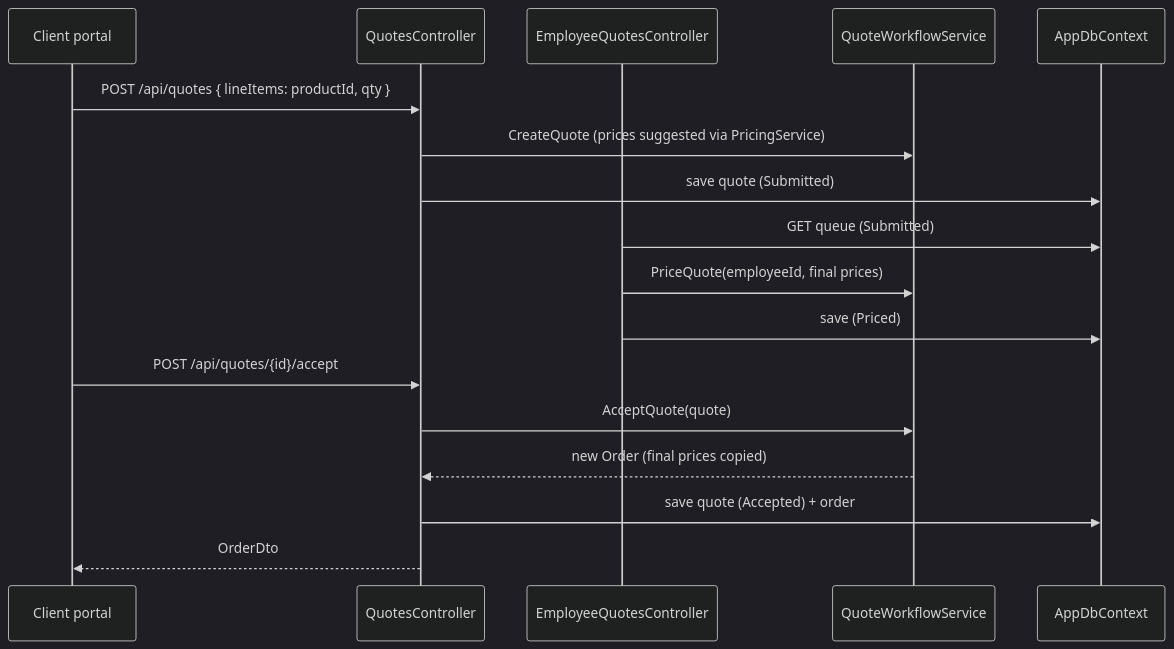
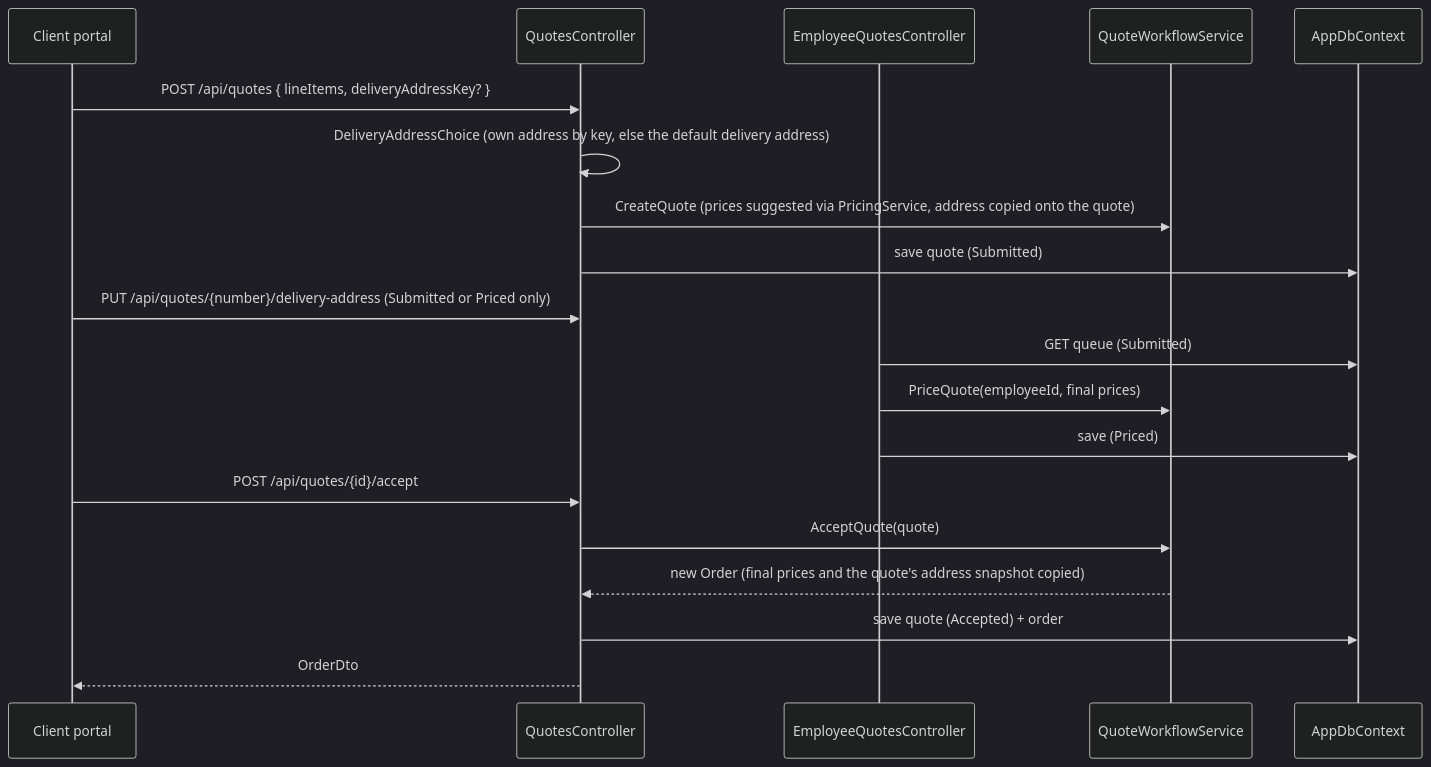
The tenth of 12 diagrams in architecture.md (GucciVanin/MarviWebsite), drawn with Mermaid (dark theme) before and after one commit. The commit also changed other lines of this file and 98 other files, not shown here.

First line of the commit message:
MRV-9.6: customers choose the delivery address on quotes and orders

````diff
--- a/architecture.md
+++ b/architecture.md
@@ -451,20 +455,22 @@
 ```mermaid
 sequenceDiagram
     participant Client as Client portal
     participant QC as QuotesController
     participant EQ as EmployeeQuotesController
     participant QS as QuoteWorkflowService
     participant DB as AppDbContext
 
-    Client->>QC: POST /api/quotes { lineItems: productId, qty }
-    QC->>QS: CreateQuote (prices suggested via PricingService)
+    Client->>QC: POST /api/quotes { lineItems, deliveryAddressKey? }
+    QC->>QC: DeliveryAddressChoice (own address by key, else the default delivery address)
+    QC->>QS: CreateQuote (prices suggested via PricingService, address copied onto the quote)
     QC->>DB: save quote (Submitted)
+    Client->>QC: PUT /api/quotes/{number}/delivery-address (Submitted or Priced only)
     EQ->>DB: GET queue (Submitted)
     EQ->>QS: PriceQuote(employeeId, final prices)
     EQ->>DB: save (Priced)
     Client->>QC: POST /api/quotes/{id}/accept
     QC->>QS: AcceptQuote(quote)
-    QS-->>QC: new Order (final prices copied)
+    QS-->>QC: new Order (final prices and the quote's address snapshot copied)
     QC->>DB: save quote (Accepted) + order
     QC-->>Client: OrderDto
 ```
````
